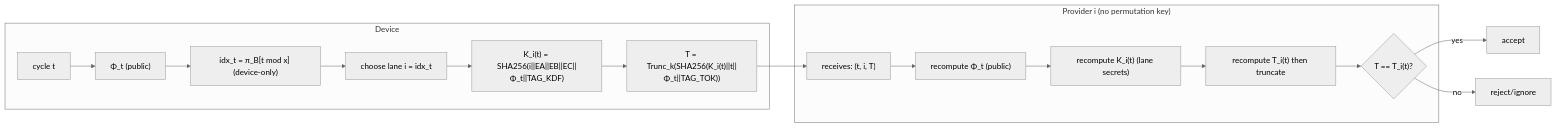
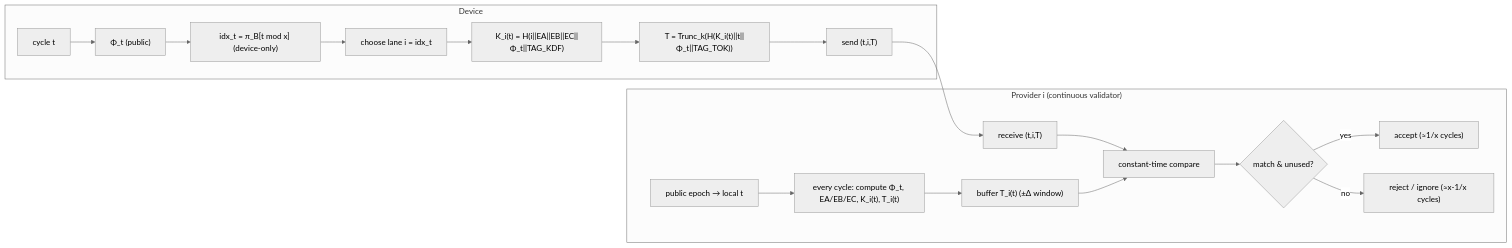
One commit to cekkr/phaselane-algorithm changed the ninth of 12 diagrams in papers/main-paper.md. Above: the diagram before and after it, drawn with Mermaid. The commit also changed other lines of this file and 1 other file, not shown here.

````diff
--- a/papers/main-paper.md
+++ b/papers/main-paper.md
@@ -582,22 +606,24 @@
 ```mermaid
 %%{init: {"theme":"neutral","flowchart":{"curve":"basis"}} }%%
 flowchart LR
   subgraph Device
     t["cycle t"] --> Phi["Φ_t (public)"]
     Phi --> Perm["idx_t = π_B[t mod x] (device-only)"]
     Perm --> Lane["choose lane i = idx_t"]
-    Lane --> Ki["K_i(t) = SHA256(i||EA||EB||EC||Φ_t||TAG_KDF)"]
-    Ki --> Tok["T = Trunc_k(SHA256(K_i(t)||t||Φ_t||TAG_TOK))"]
+    Lane --> Ki["K_i(t) = H(i||EA||EB||EC||Φ_t||TAG_KDF)"]
+    Ki --> Tok["T = Trunc_k(H(K_i(t)||t||Φ_t||TAG_TOK))"]
+    Tok --> Send["send (t,i,T)"]
   end
 
-  subgraph Provider_i["Provider i (no permutation key)"]
-    Rt["receives: (t, i, T)"] --> RPhi["recompute Φ_t (public)"]
-    RPhi --> RKi["recompute K_i(t) (lane secrets)"]
-    RKi --> RTok["recompute T_i(t) then truncate"]
-    RTok --> Check{"T == T_i(t)?"}
+  subgraph Provider_i["Provider i (continuous validator)"]
+    Clock["public epoch → local t"] --> Loop["every cycle: compute Φ_t, EA/EB/EC, K_i(t), T_i(t)"]
+    Loop --> Buf["buffer T_i(t) (±Δ window)"]
+    Rx["receive (t,i,T)"] --> Cmp["constant-time compare"]
+    Buf --> Cmp
+    Cmp --> Match{"match & unused?"}
+    Match -->|yes| Accept["accept (≈1/x cycles)"]
+    Match -->|no| Reject["reject / ignore (≈x-1/x cycles)"]
   end
 
-  Tok --> Rt
-  Check -->|yes| Accept["accept"]
-  Check -->|no| Reject["reject/ignore"]
+  Send --> Rx
 ```
````
